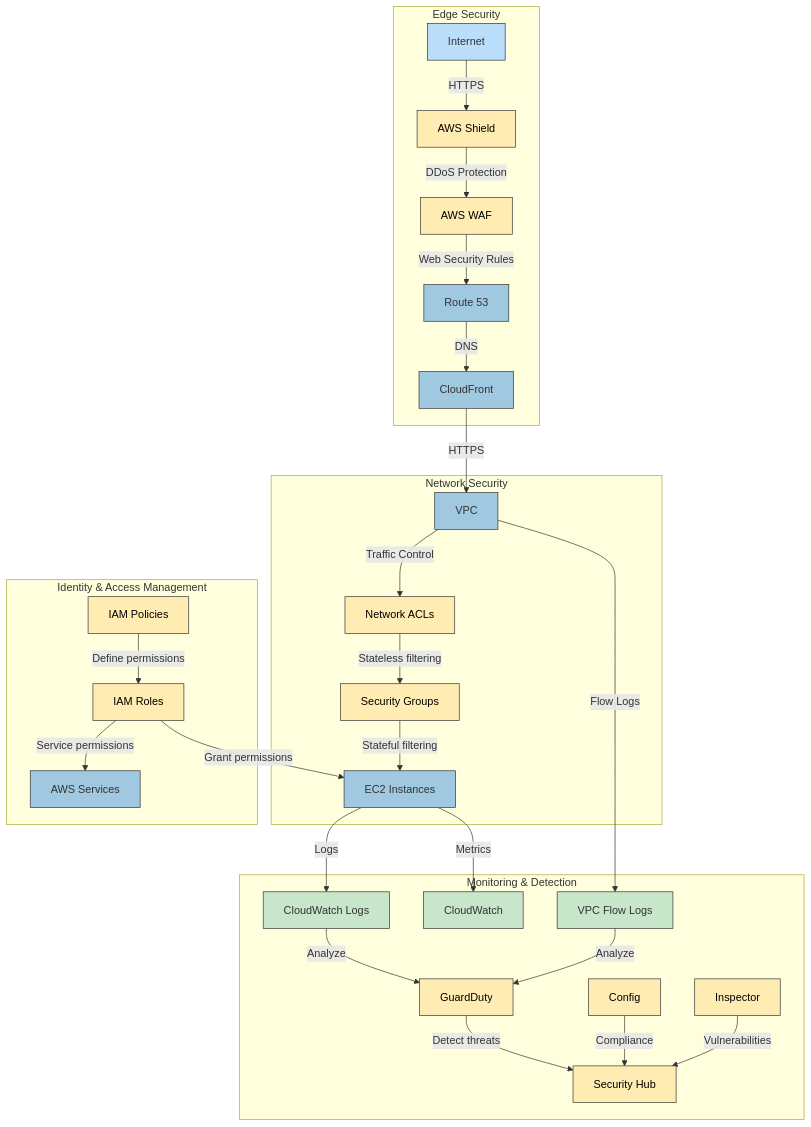
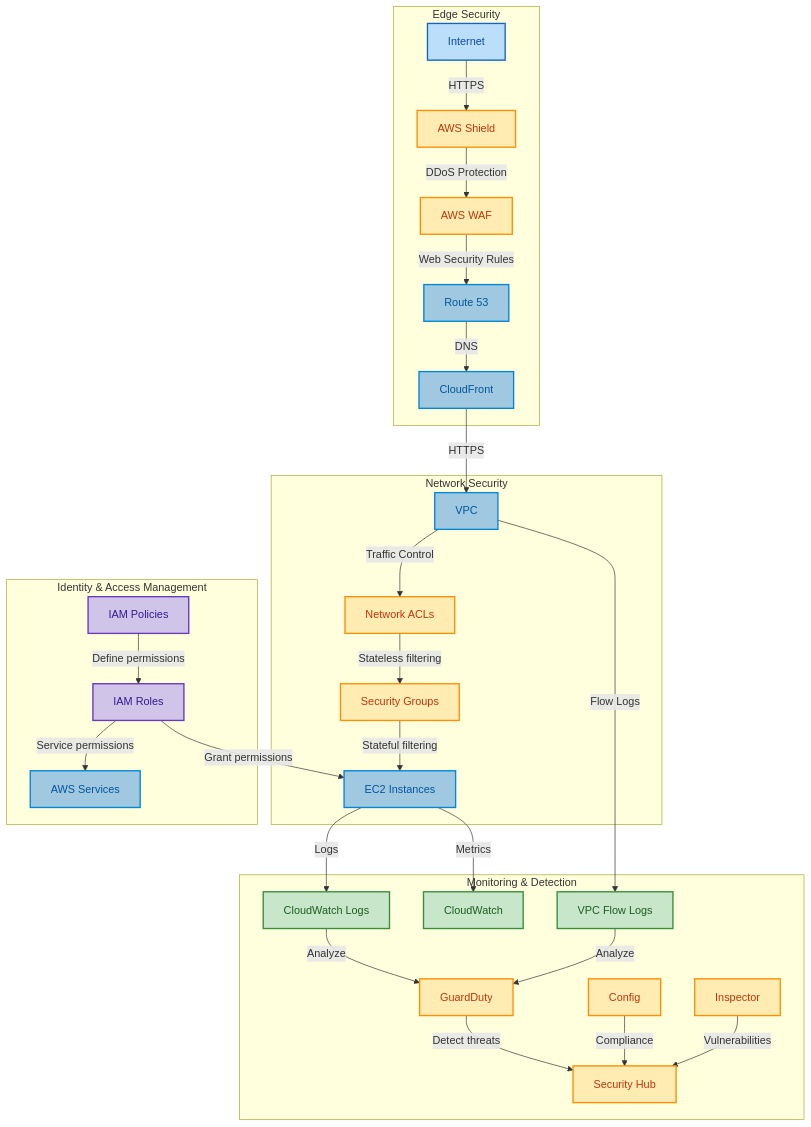
Before and after one commit to Hack23/cia: the fourth of 12 diagrams in SECURITY_ARCHITECTURE.md, drawn with Mermaid. The commit also changed other lines of this file, not shown here.

````diff
--- a/SECURITY_ARCHITECTURE.md
+++ b/SECURITY_ARCHITECTURE.md
@@ -262,55 +267,49 @@
 ```mermaid
 graph TD
+    %% Node styling classes
+    classDef internetNode fill:#bbdefb,stroke:#1565c0,stroke-width:2px,color:#0d47a1
+    classDef securityNode fill:#ffecb3,stroke:#ff8f00,stroke-width:2px,color:#bf360c
+    classDef networkNode fill:#a0c8e0,stroke:#0288d1,stroke-width:2px,color:#01579b
+    classDef monitorNode fill:#c8e6c9,stroke:#388e3c,stroke-width:2px,color:#1b5e20
+    classDef iamNode fill:#d1c4e9,stroke:#673ab7,stroke-width:2px,color:#311b92
+    
     subgraph "Edge Security"
         A[Internet] -->|HTTPS| B[AWS Shield]
         B -->|DDoS Protection| C[AWS WAF]
         C -->|Web Security Rules| D[Route 53]
         D -->|DNS| E[CloudFront]
     end
     
     subgraph "Network Security"
         E -->|HTTPS| F[VPC]
         F -->|Traffic Control| G[Network ACLs]
         G -->|Stateless filtering| H[Security Groups]
         H -->|Stateful filtering| I[EC2 Instances]
     end
     
     subgraph "Identity & Access Management"
         J[IAM Roles] -->|Grant permissions| I
         J -->|Service permissions| K[AWS Services]
         L[IAM Policies] -->|Define permissions| J
     end
     
     subgraph "Monitoring & Detection"
         I -->|Logs| M[CloudWatch Logs]
         I -->|Metrics| N[CloudWatch]
         F -->|Flow Logs| O[VPC Flow Logs]
         
         M -->|Analyze| P[GuardDuty]
         O -->|Analyze| P
         
         P -->|Detect threats| Q[Security Hub]
         R[Config] -->|Compliance| Q
         S[Inspector] -->|Vulnerabilities| Q
     end
     
-    style A fill:#bbdefb,stroke:#333,stroke-width:1px
-    style B fill:#ffecb3,stroke:#333,stroke-width:1px,color:black
-    style C fill:#ffecb3,stroke:#333,stroke-width:1px,color:black
-    style D fill:#a0c8e0,stroke:#333,stroke-width:1px
-    style E fill:#a0c8e0,stroke:#333,stroke-width:1px
-    style F fill:#a0c8e0,stroke:#333,stroke-width:1px
-    style G fill:#ffecb3,stroke:#333,stroke-width:1px,color:black
-    style H fill:#ffecb3,stroke:#333,stroke-width:1px,color:black
-    style I fill:#a0c8e0,stroke:#333,stroke-width:1px
-    style J fill:#ffecb3,stroke:#333,stroke-width:1px,color:black
-    style K fill:#a0c8e0,stroke:#333,stroke-width:1px
-    style L fill:#ffecb3,stroke:#333,stroke-width:1px,color:black
-    style M fill:#c8e6c9,stroke:#333,stroke-width:1px
-    style N fill:#c8e6c9,stroke:#333,stroke-width:1px
-    style O fill:#c8e6c9,stroke:#333,stroke-width:1px
-    style P fill:#ffecb3,stroke:#333,stroke-width:1px,color:black
-    style Q fill:#ffecb3,stroke:#333,stroke-width:1px,color:black
-    style R fill:#ffecb3,stroke:#333,stroke-width:1px,color:black
-    style S fill:#ffecb3,stroke:#333,stroke-width:1px,color:black
+    %% Apply styling classes
+    class A internetNode
+    class B,C,G,H,P,Q,R,S securityNode
+    class D,E,F,I,K networkNode
+    class M,N,O monitorNode
+    class J,L iamNode
 ```
````
